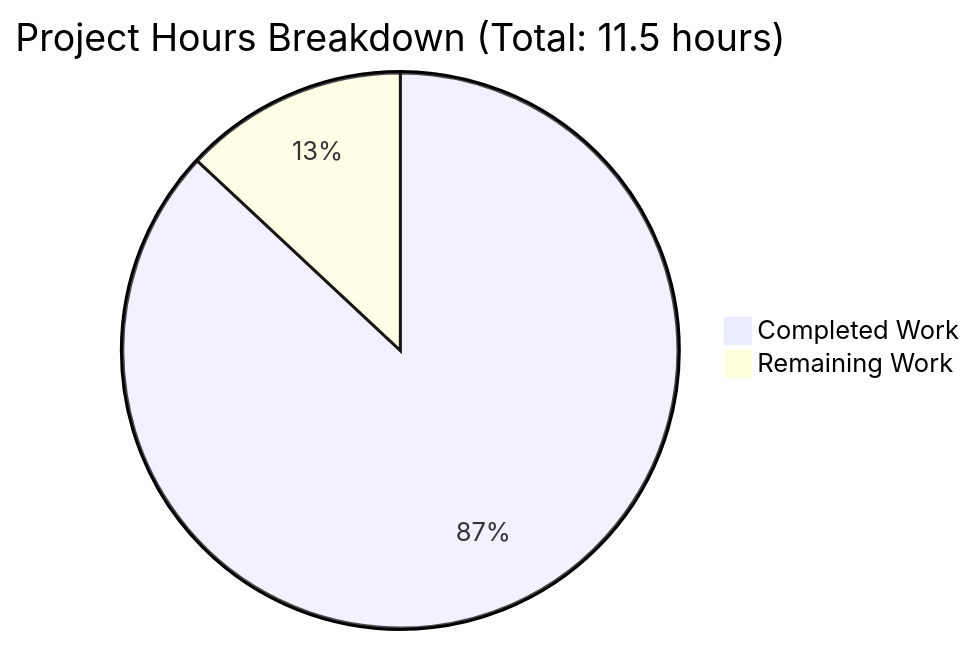
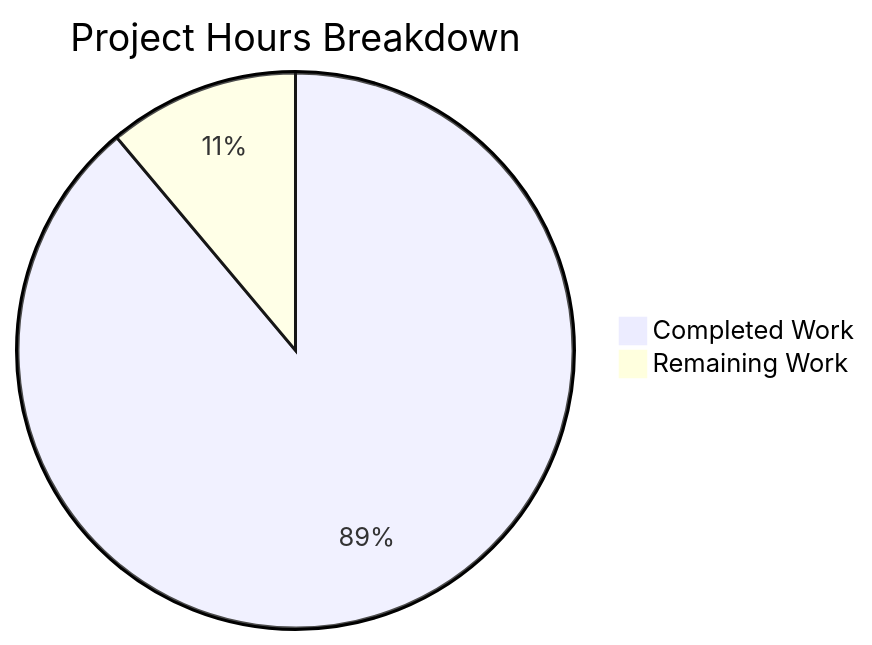
Before and after one commit to sudhanshu-spec/test-spec: the diagram in blitzy/documentation/Project Guide.md, drawn with Mermaid. The commit also changed other lines of this file, not shown here.

Commit message:
Adding Blitzy Project Guide: Project Status and Human Tasks Remaining

````diff
--- a/blitzy/documentation/Project Guide.md
+++ b/blitzy/documentation/Project Guide.md
@@ -166,5 +59,5 @@
 ```mermaid
-pie title Project Hours Breakdown (Total: 11.5 hours)
-    "Completed Work" : 10
-    "Remaining Work" : 1.5
+pie title Project Hours Breakdown
+    "Completed Work" : 8
+    "Remaining Work" : 1
 ```
````
